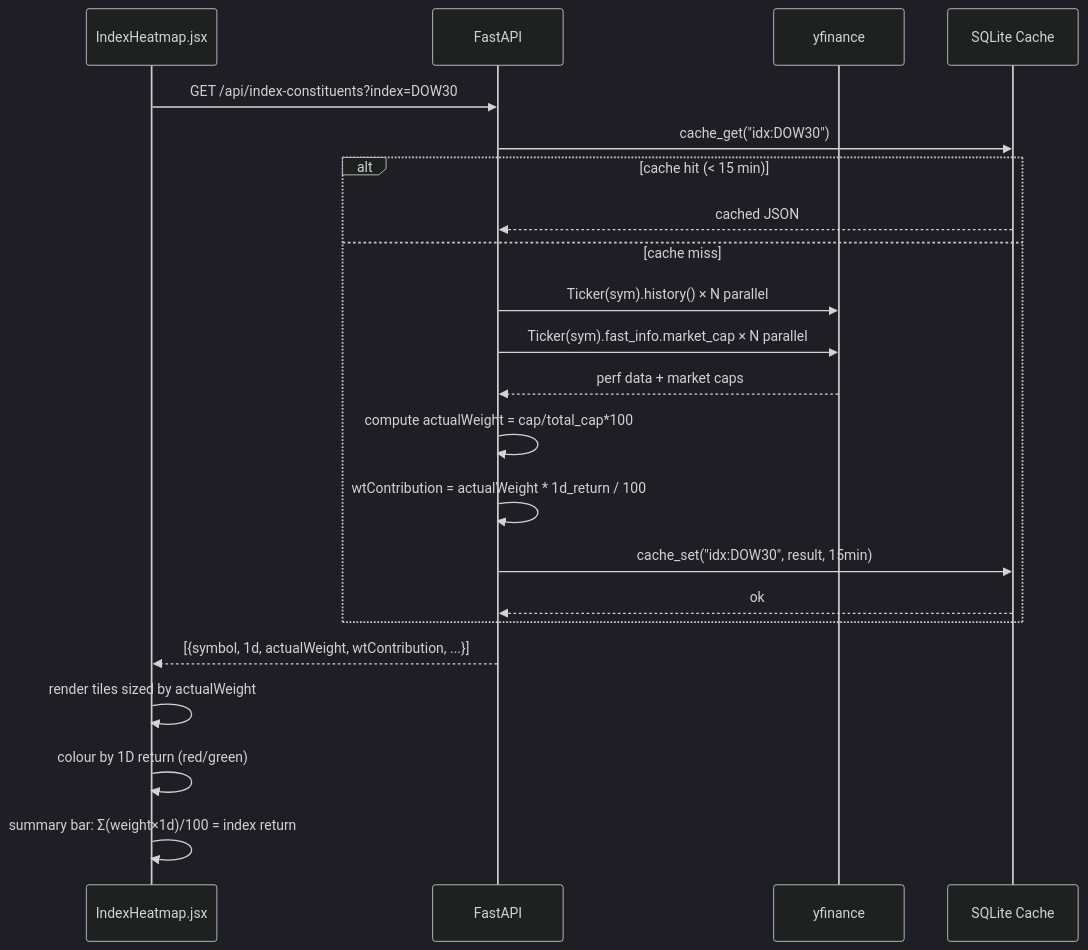
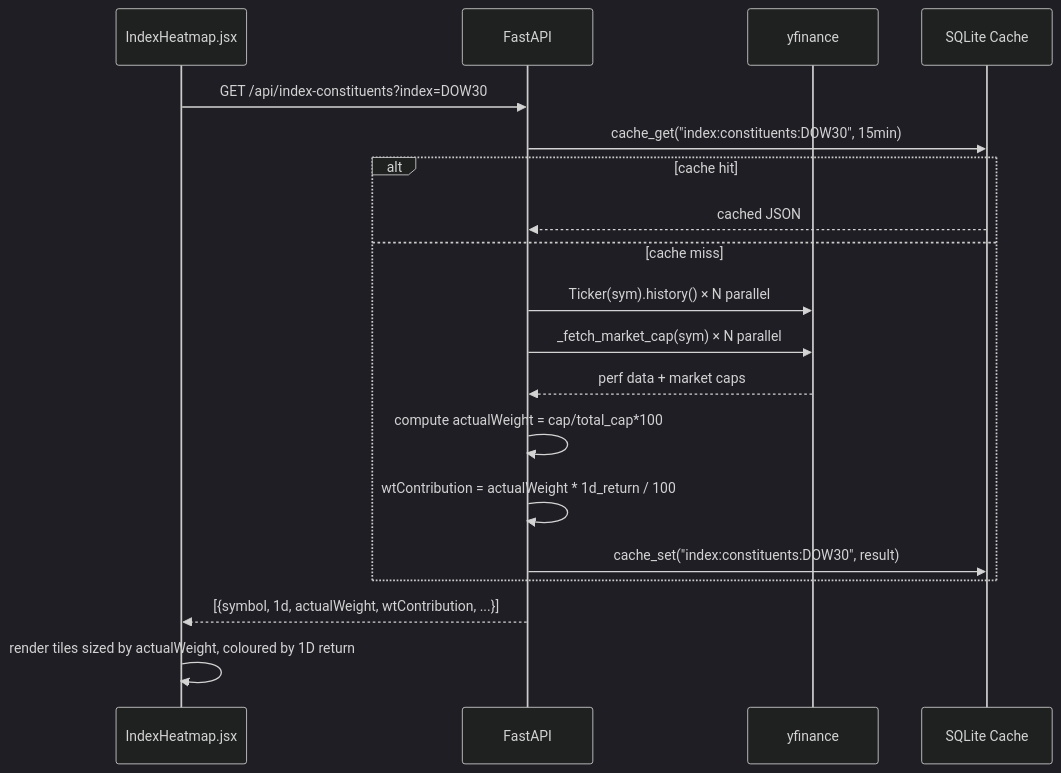
Before and after one commit to rcoder29/stockmonitor: the fifth of 7 diagrams in ARCHITECTURE.md, drawn with Mermaid (dark theme). The commit also changed other lines of this file and 1 other file, not shown here.

First line of the commit message:
Update ARCHITECTURE.md and PRODUCT_ENHANCEMENTS.md for recent builds

````diff
--- a/ARCHITECTURE.md
+++ b/ARCHITECTURE.md
@@ -71,25 +144,22 @@
 ```mermaid
 sequenceDiagram
     participant UI as IndexHeatmap.jsx
     participant API as FastAPI
     participant YF as yfinance
     participant Cache as SQLite Cache
 
     UI->>API: GET /api/index-constituents?index=DOW30
-    API->>Cache: cache_get("idx:DOW30")
-    alt cache hit (< 15 min)
+    API->>Cache: cache_get("index:constituents:DOW30", 15min)
+    alt cache hit
         Cache-->>API: cached JSON
     else cache miss
         API->>YF: Ticker(sym).history() × N parallel
-        API->>YF: Ticker(sym).fast_info.market_cap × N parallel
+        API->>YF: _fetch_market_cap(sym) × N parallel
         YF-->>API: perf data + market caps
         API->>API: compute actualWeight = cap/total_cap*100
         API->>API: wtContribution = actualWeight * 1d_return / 100
-        API->>Cache: cache_set("idx:DOW30", result, 15min)
-        Cache-->>API: ok
+        API->>Cache: cache_set("index:constituents:DOW30", result)
     end
     API-->>UI: [{symbol, 1d, actualWeight, wtContribution, ...}]
-    UI->>UI: render tiles sized by actualWeight
-    UI->>UI: colour by 1D return (red/green)
-    UI->>UI: summary bar: Σ(weight×1d)/100 = index return
+    UI->>UI: render tiles sized by actualWeight, coloured by 1D return
 ```
````
